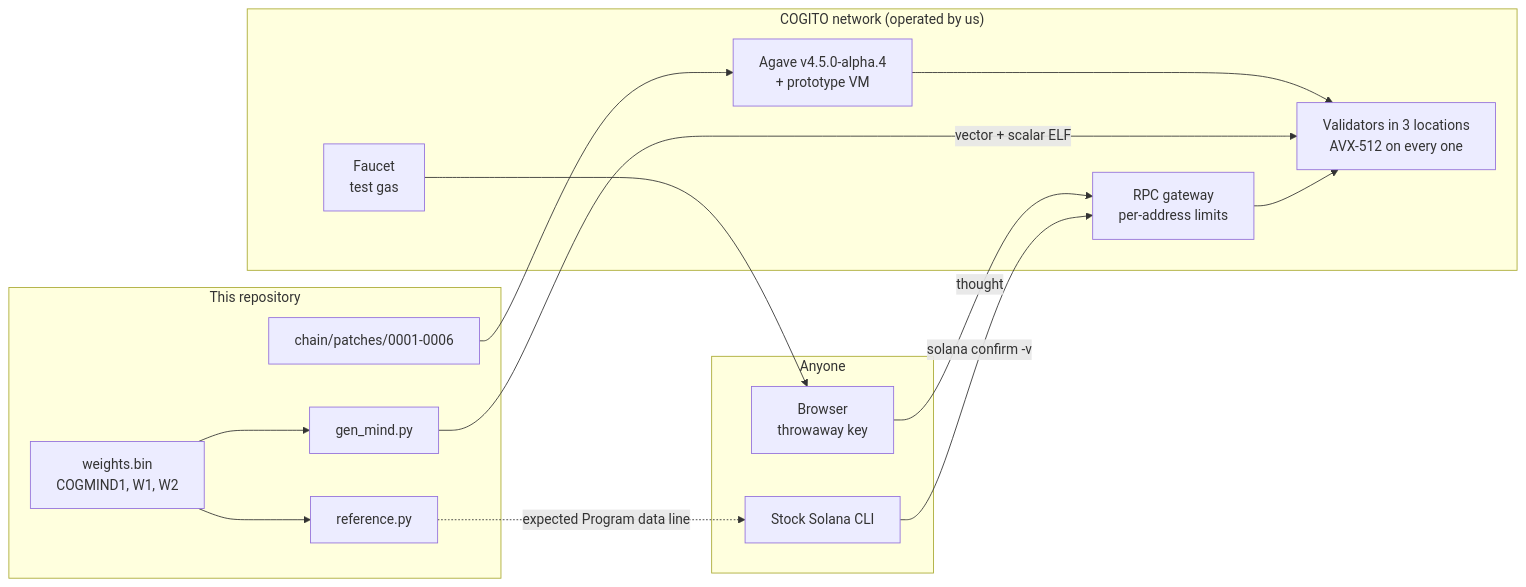
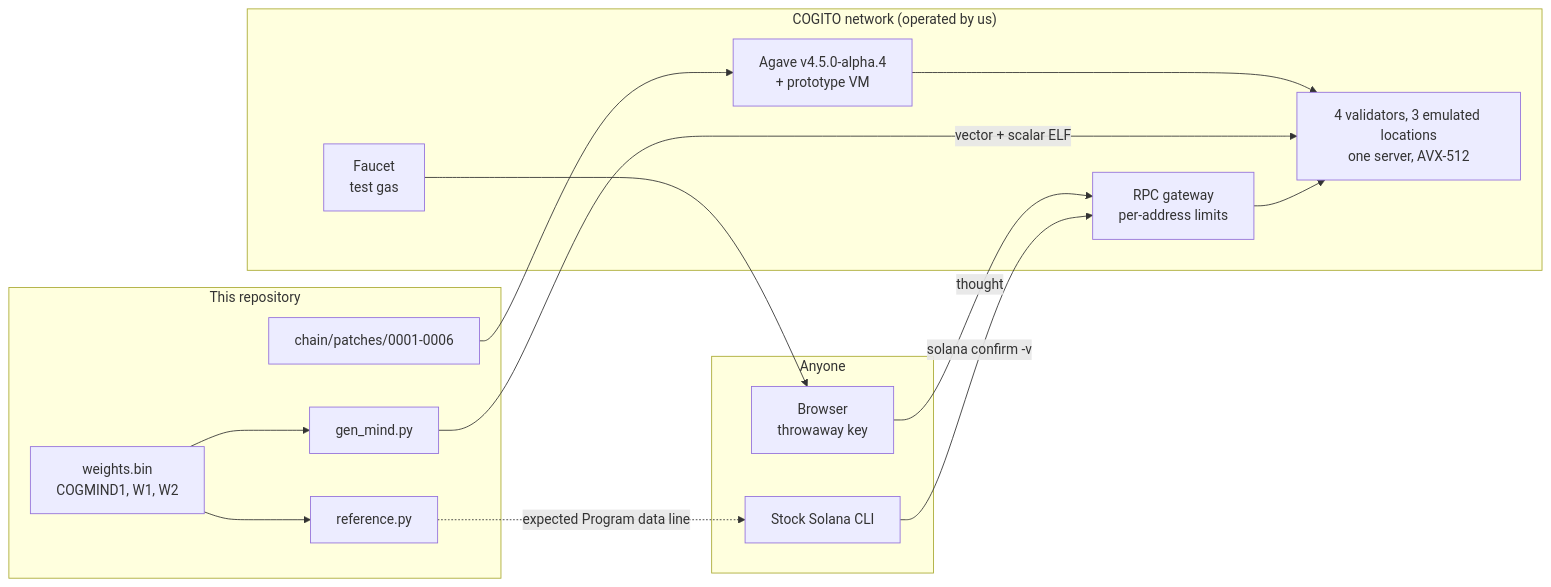
The first of 4 diagrams in README.md (cogitochain/cogito), drawn with Mermaid before and after one commit. The commit also changed other lines of this file and 4 other files, not shown here.

````diff
--- a/README.md
+++ b/README.md
@@ -38,26 +40,26 @@
 ```mermaid
 flowchart LR
   subgraph Repo["This repository"]
     W["weights.bin<br/>COGMIND1, W1, W2"]
     G["gen_mind.py"]
     R["reference.py"]
     P["chain/patches/0001-0006"]
   end
   subgraph Net["COGITO network (operated by us)"]
     A["Agave v4.5.0-alpha.4<br/>+ prototype VM"]
-    V["Validators in 3 locations<br/>AVX-512 on every one"]
+    V["4 validators, 3 emulated locations<br/>one server, AVX-512"]
     GW["RPC gateway<br/>per-address limits"]
     F["Faucet<br/>test gas"]
   end
   subgraph Users["Anyone"]
     B["Browser<br/>throwaway key"]
     CLI["Stock Solana CLI"]
   end
   P --> A --> V
   W --> G -->|vector + scalar ELF| V
   W --> R
   B -->|thought| GW --> V
   F --> B
   CLI -->|solana confirm -v| GW
   R -.->|expected Program data line| CLI
 ```
````
